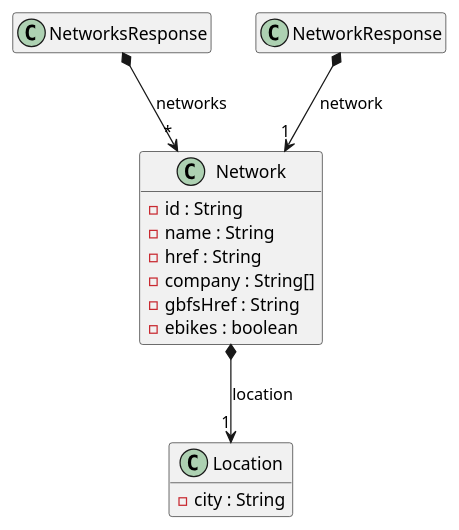
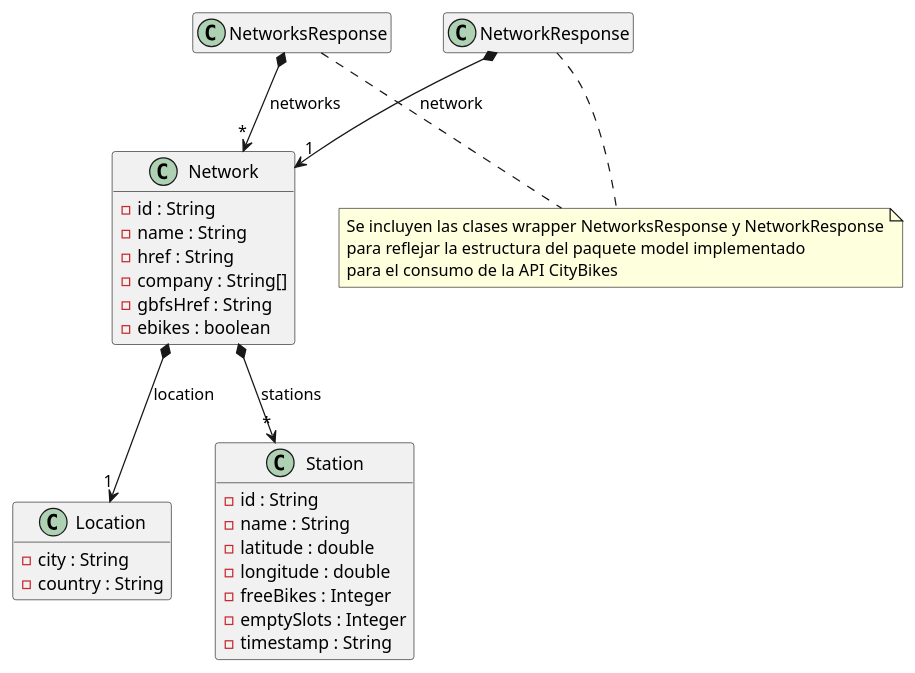
Before and after one commit to isunican/App-Bicis-Grupo2: the diagram in Docs/Models/domain.puml, drawn with PlantUML. The commit also changed 3 other files, not shown here.

Commit message:
updated domain and architecture UML .png and .puml

```diff
--- a/Docs/Models/domain.puml
+++ b/Docs/Models/domain.puml
@@ -1,30 +1,46 @@
-@startuml
+@startuml domain
 
 hide empty members
 
 class Network {
     - id : String
     - name : String
     - href : String
     - company : String[]
     - gbfsHref : String
     - ebikes : boolean
 }
 
 class Location {
     - city : String
+    - country : String
+}
+
+class Station {
+    - id : String
+    - name : String
+    - latitude : double
+    - longitude : double
+    - freeBikes : Integer
+    - emptySlots : Integer
+    - timestamp : String
 }
 
 class NetworksResponse {
 
 }
 
 class NetworkResponse {
-    
+
 }
 
+note "Se incluyen las clases wrapper NetworksResponse y NetworkResponse\npara reflejar la estructura del paquete model implementado\npara el consumo de la API CityBikes" as NoteWrapper
+NetworksResponse .. NoteWrapper
+NetworkResponse .. NoteWrapper
+
 Network *--> "1" Location : location
+Network *--> "*" Station : stations
 NetworksResponse *--> "*" Network : networks
 NetworkResponse *--> "1" Network : network
 
 @enduml
```
